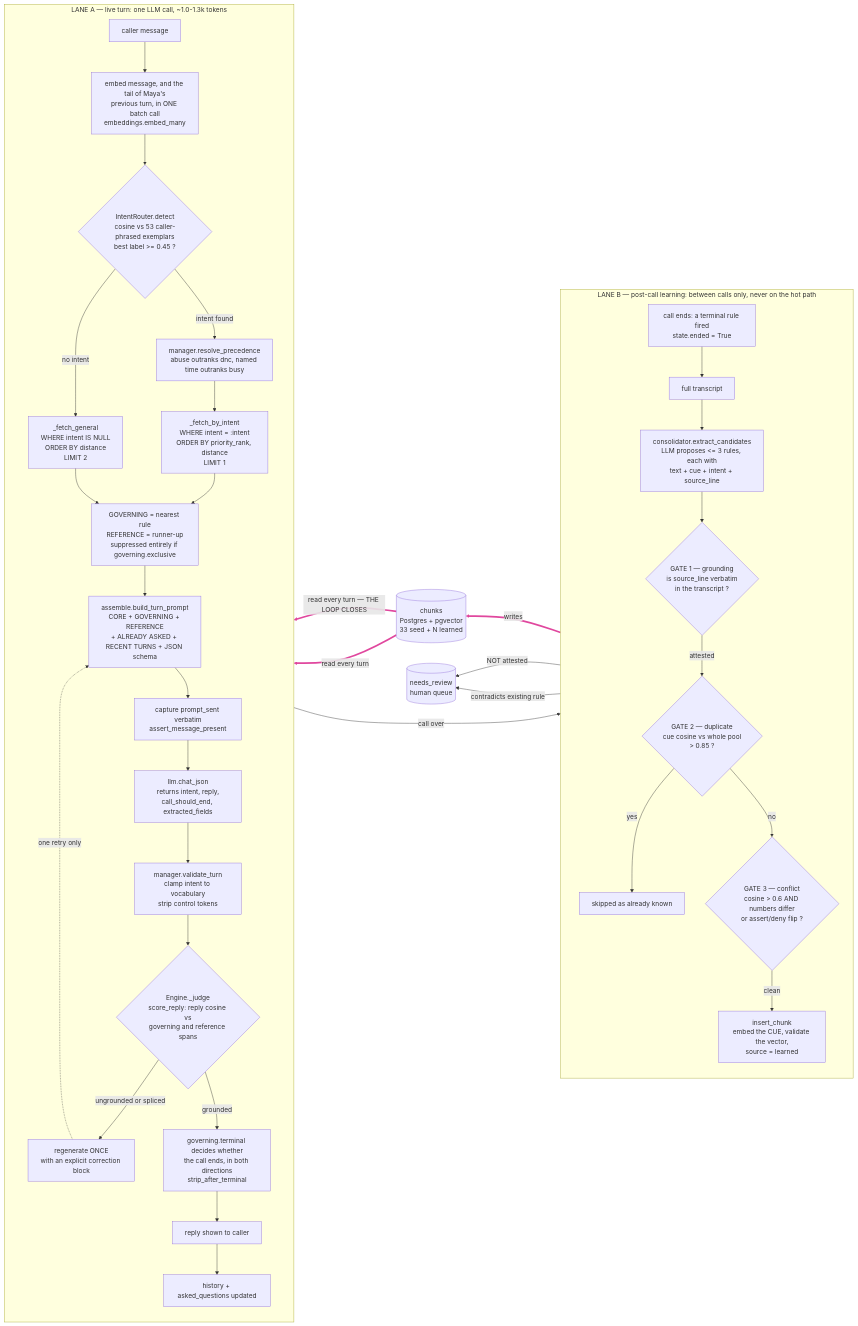
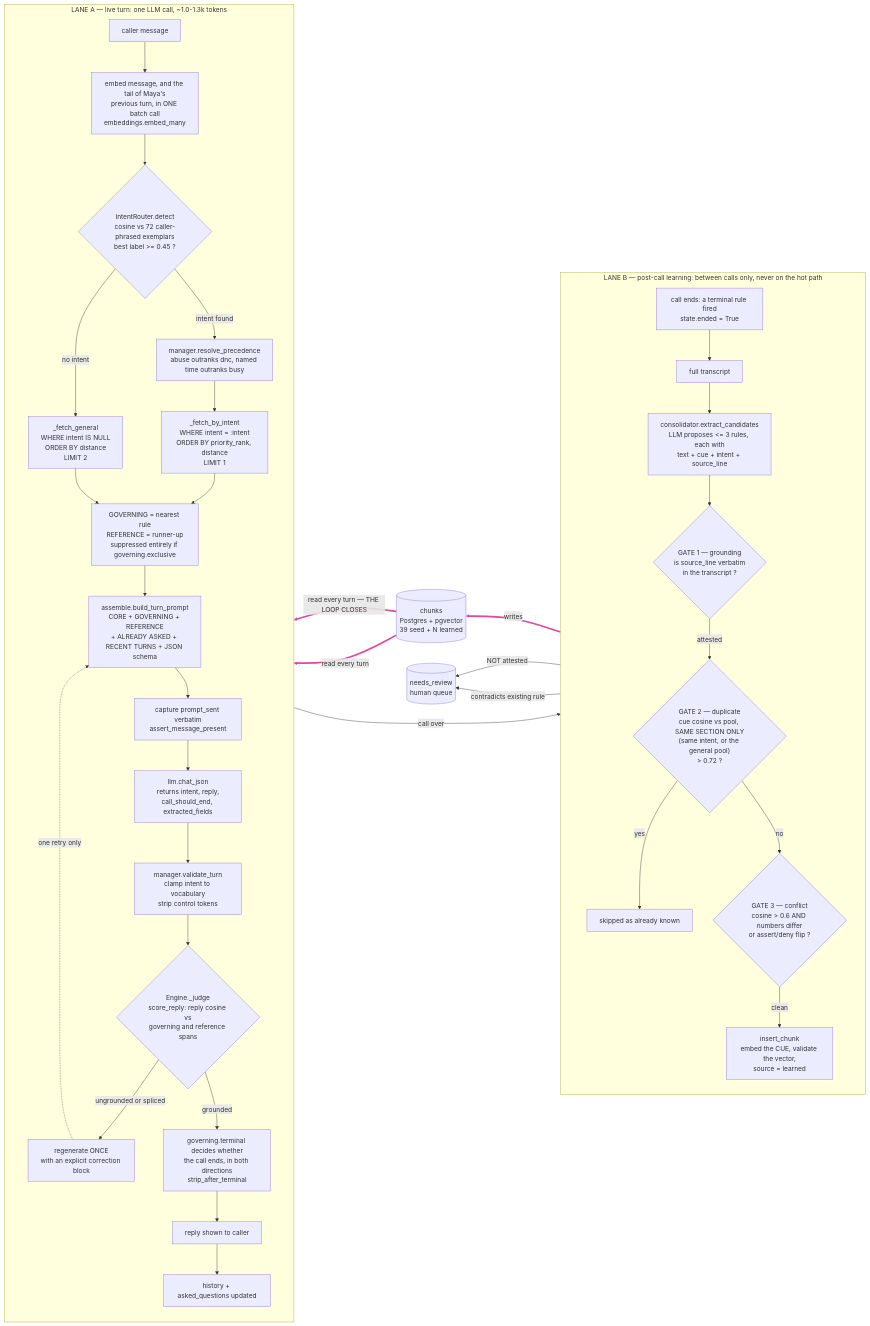
Before and after one commit to shahbhavya7/Prompt_Factory: the first of 2 diagrams in docs/ARCHITECTURE.md, drawn with Mermaid. The commit also changed other lines of this file and 9 other files, not shown here.

First line of the commit message:
Enhance voice agent architecture and performance

````diff
--- a/docs/ARCHITECTURE.md
+++ b/docs/ARCHITECTURE.md
@@ -17,74 +21,74 @@
 ```mermaid
 %% RL, not TD: the feedback edge makes Lane A a layout sink, so left-to-right
 %% direction is what puts Lane A first and the shared table between the lanes.
 flowchart RL
-    DB[("chunks<br>Postgres + pgvector<br>33 seed + N learned")]
+    DB[("chunks<br>Postgres + pgvector<br>39 seed + N learned")]
     REVIEW[("needs_review<br>human queue")]
 
     subgraph LANE_A["LANE A — live turn: one LLM call, ~1.0-1.3k tokens"]
         direction TB
         A1["caller message"]
         A2["embed message, and the tail of Maya's<br>previous turn, in ONE batch call<br>embeddings.embed_many"]
-        A3{"IntentRouter.detect<br>cosine vs 53 caller-phrased exemplars<br>best label >= 0.45 ?"}
+        A3{"IntentRouter.detect<br>cosine vs 72 caller-phrased exemplars<br>best label >= 0.45 ?"}
         A4["manager.resolve_precedence<br>abuse outranks dnc, named time outranks busy"]
         A5["_fetch_by_intent<br>WHERE intent = :intent<br>ORDER BY priority_rank, distance<br>LIMIT 1"]
         A6["_fetch_general<br>WHERE intent IS NULL<br>ORDER BY distance<br>LIMIT 2"]
         A7["GOVERNING = nearest rule<br>REFERENCE = runner-up<br>suppressed entirely if governing.exclusive"]
         A8["assemble.build_turn_prompt<br>CORE + GOVERNING + REFERENCE<br>+ ALREADY ASKED + RECENT TURNS + JSON schema"]
         A9["capture prompt_sent verbatim<br>assert_message_present"]
         A10["llm.chat_json<br>returns intent, reply,<br>call_should_end, extracted_fields"]
         A11["manager.validate_turn<br>clamp intent to vocabulary<br>strip control tokens"]
         A12{"Engine._judge<br>score_reply: reply cosine vs<br>governing and reference spans"}
         A13["regenerate ONCE<br>with an explicit correction block"]
         A14["governing.terminal decides whether<br>the call ends, in both directions<br>strip_after_terminal"]
         A15["reply shown to caller"]
         A16["history + asked_questions updated"]
     end
 
     subgraph LANE_B["LANE B — post-call learning: between calls only, never on the hot path"]
         direction TB
         B1["call ends: a terminal rule fired<br>state.ended = True"]
         B2["full transcript"]
         B3["consolidator.extract_candidates<br>LLM proposes <= 3 rules, each with<br>text + cue + intent + source_line"]
         B4{"GATE 1 — grounding<br>is source_line verbatim<br>in the transcript ?"}
-        B5{"GATE 2 — duplicate<br>cue cosine vs whole pool<br>> 0.85 ?"}
+        B5{"GATE 2 — duplicate<br>cue cosine vs pool, SAME SECTION ONLY<br>(same intent, or the general pool)<br>> 0.72 ?"}
         B6{"GATE 3 — conflict<br>cosine > 0.6 AND numbers differ<br>or assert/deny flip ?"}
         B7["insert_chunk<br>embed the CUE, validate the vector,<br>source = learned"]
         B8["skipped as already known"]
     end
 
     A1 --> A2
     A2 --> A3
     A3 -->|"intent found"| A4
     A4 --> A5
     A3 -->|"no intent"| A6
     A5 --> A7
     A6 --> A7
     A7 --> A8
     A8 --> A9
     A9 --> A10
     A10 --> A11
     A11 --> A12
     A12 -->|"ungrounded or spliced"| A13
     A13 -.->|"one retry only"| A8
     A12 -->|"grounded"| A14
     A14 --> A15
     A15 --> A16
     B1 --> B2
     B2 --> B3
     B3 --> B4
     B4 -->|"NOT attested"| REVIEW
     B4 -->|"attested"| B5
     B5 -->|"yes"| B8
     B5 -->|"no"| B6
     B6 -->|"contradicts existing rule"| REVIEW
     B6 -->|"clean"| B7
     A16 -->|"call over"| B1
     B7 ==>|"writes"| DB
     DB ==>|"read every turn — THE LOOP CLOSES"| A5
     DB ==>|"read every turn"| A6
 
     linkStyle 27 stroke:#e0479e,stroke-width:4px
     linkStyle 28 stroke:#e0479e,stroke-width:4px
     linkStyle 29 stroke:#e0479e,stroke-width:4px
 ```
````
